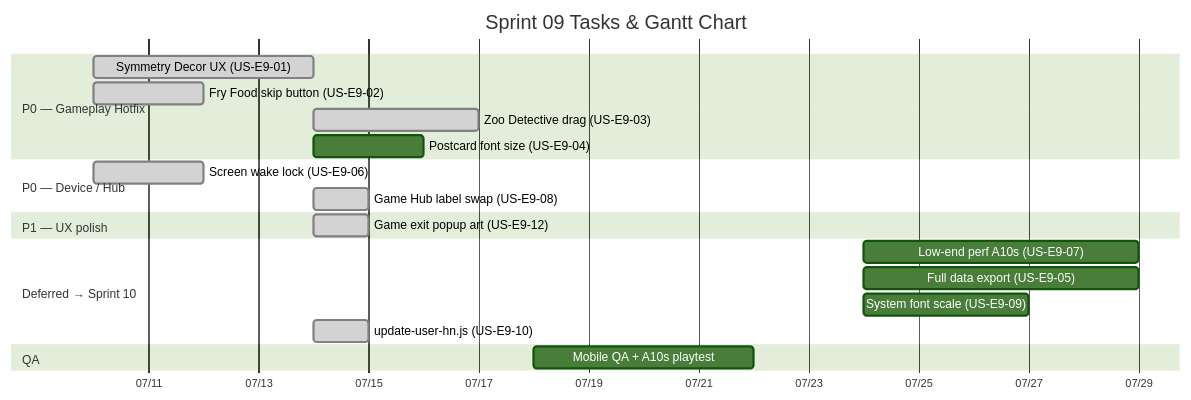
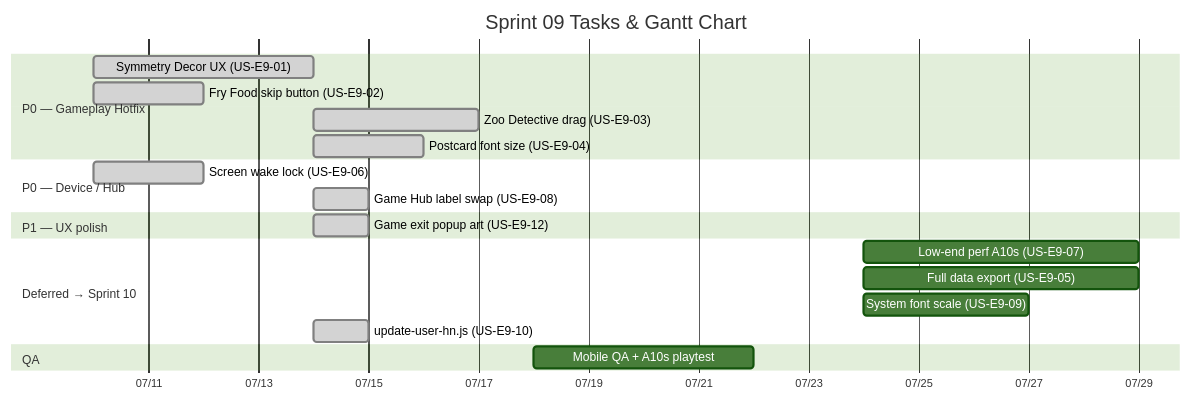
The diagram in docs/agile/sprint-backlogs/sprint-09.md (ChayutChanmueang/mci-cognitive-game-hub-dev-deploy), drawn with Mermaid (forest theme) before and after one commit. The commit also changed other lines of this file and 7 other files, not shown here.

````diff
--- a/docs/agile/sprint-backlogs/sprint-09.md
+++ b/docs/agile/sprint-backlogs/sprint-09.md
@@ -11,23 +11,23 @@
 ```mermaid
 gantt
     title Sprint 09 Tasks & Gantt Chart
     dateFormat  YYYY-MM-DD
     axisFormat  %m/%d
     section P0 — Gameplay Hotfix
     Symmetry Decor UX (US-E9-01)     :done, t1, 2026-07-10, 4d
     Fry Food skip button (US-E9-02)  :done, t2, 2026-07-10, 2d
     Zoo Detective drag (US-E9-03)    :done, t3, 2026-07-14, 3d
-    Postcard font size (US-E9-04)    :t4, 2026-07-14, 2d
+    Postcard font size (US-E9-04)    :done, t4, 2026-07-14, 2d
     section P0 — Device / Hub
     Screen wake lock (US-E9-06)      :done, t6, 2026-07-10, 2d
     Game Hub label swap (US-E9-08)   :done, t8, 2026-07-14, 1d
     section P1 — UX polish
     Game exit popup art (US-E9-12)   :done, t12, 2026-07-14, 1d
     section Deferred → Sprint 10
     Low-end perf A10s (US-E9-07)     :t7, 2026-07-24, 5d
     Full data export (US-E9-05)      :t5, 2026-07-24, 5d
     System font scale (US-E9-09)     :t9, 2026-07-24, 3d
     update-user-hn.js (US-E9-10)     :done, t11, 2026-07-14, 1d
     section QA
     Mobile QA + A10s playtest      :q1, 2026-07-18, 4d
 ```
````
